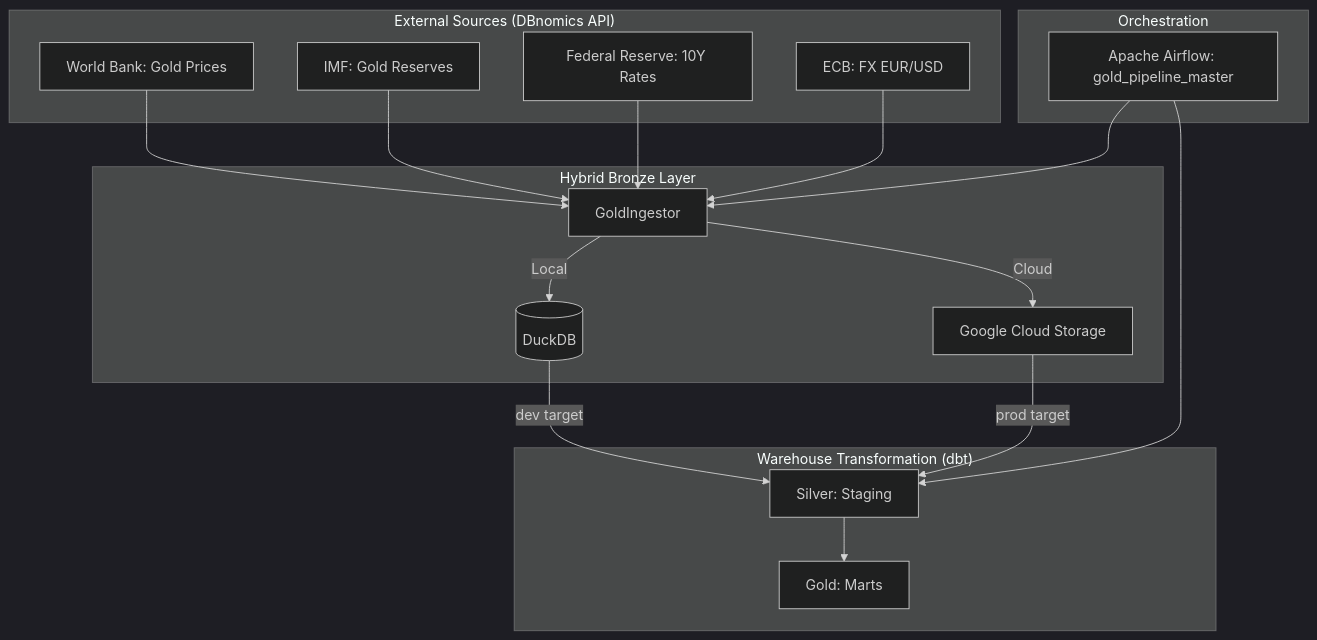
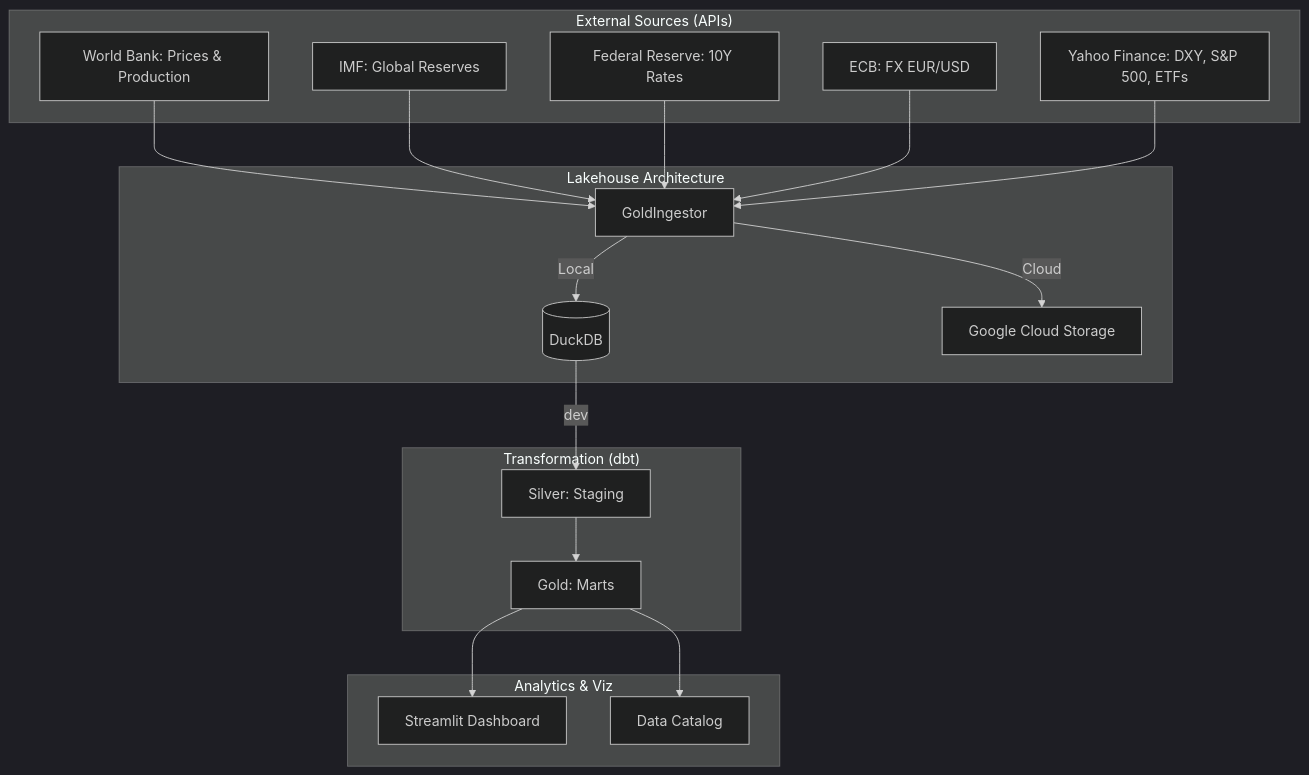
Before and after one commit to flo-kaiser/data_engineering_project: the diagram in README.md, drawn with Mermaid (dark theme). The commit also changed other lines of this file and 13 other files, not shown here.

````diff
--- a/README.md
+++ b/README.md
@@ -14,28 +14,27 @@
 ```mermaid
 graph TD
-    subgraph "External Sources (DBnomics API)"
-        WB[World Bank: Gold Prices]
-        IMF[IMF: Gold Reserves]
+    subgraph "External Sources (APIs)"
+        WB[World Bank: Prices & Production]
+        IMF[IMF: Global Reserves]
         FED[Federal Reserve: 10Y Rates]
         ECB[ECB: FX EUR/USD]
+        YF[Yahoo Finance: DXY, S&P 500, ETFs]
     end
 
-    subgraph "Hybrid Bronze Layer"
+    subgraph "Lakehouse Architecture"
         IM[GoldIngestor] -- Local --> DB[(DuckDB)]
         IM -- Cloud --> GCS[Google Cloud Storage]
     end
 
-    subgraph "Warehouse Transformation (dbt)"
-        DB -- dev target --> STG[Silver: Staging]
-        GCS -- prod target --> STG
+    subgraph "Transformation (dbt)"
+        DB -- dev --> STG[Silver: Staging]
         STG --> GOLD[Gold: Marts]
     end
 
-    subgraph "Orchestration"
-        AF[Apache Airflow: gold_pipeline_master]
+    subgraph "Analytics & Viz"
+        GOLD --> SL[Streamlit Dashboard]
+        GOLD --> DBT_DOCS[Data Catalog]
     end
 
-    WB & IMF & FED & ECB --> IM
-    AF --> IM
-    AF --> STG
+    WB & IMF & FED & ECB & YF --> IM
 ```
````
